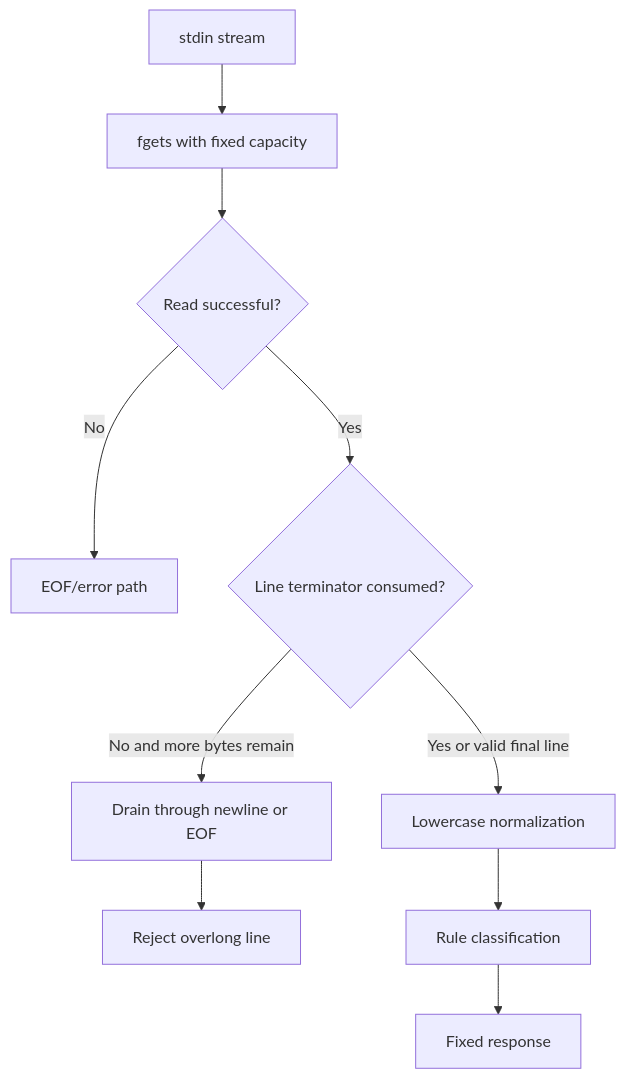
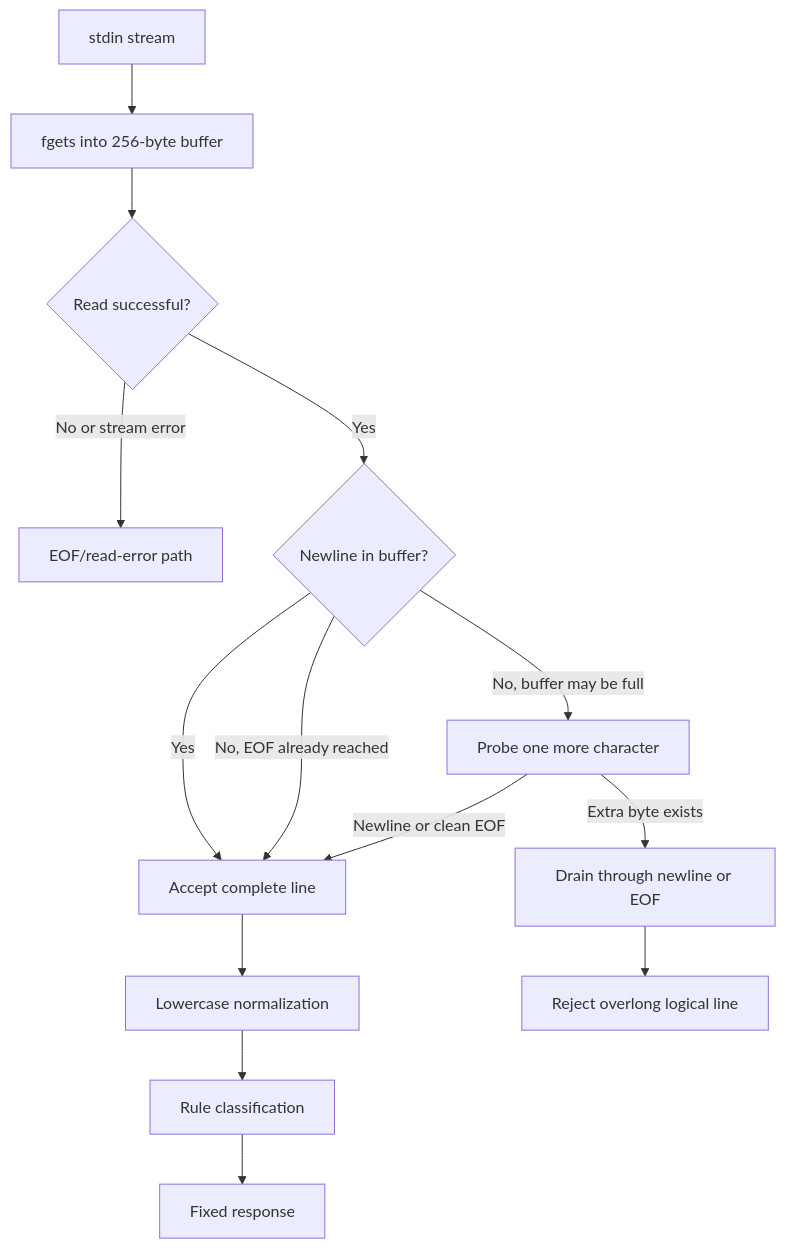
The diagram in docs/data-validation.md (Brajesh31/chatbot-C-), drawn with Mermaid before and after one commit. The commit also changed other lines of this file and 6 other files, not shown here.

```diff
--- a/docs/data-validation.md
+++ b/docs/data-validation.md
@@ -9,12 +9,16 @@
 ~~~mermaid
 flowchart TD
- A[stdin stream] --> B[fgets with fixed capacity]
+ A[stdin stream] --> B[fgets into 256-byte buffer]
  B --> C{Read successful?}
- C -->|No| X[EOF/error path]
- C -->|Yes| D{Line terminator consumed?}
- D -->|No and more bytes remain| E[Drain through newline or EOF]
- E --> W[Reject overlong line]
- D -->|Yes or valid final line| N[Lowercase normalization]
- N --> R[Rule classification]
+ C -->|No or stream error| X[EOF/read-error path]
+ C -->|Yes| D{Newline in buffer?}
+ D -->|Yes| N[Accept complete line]
+ D -->|No, EOF already reached| N
+ D -->|No, buffer may be full| P[Probe one more character]
+ P -->|Newline or clean EOF| N
+ P -->|Extra byte exists| E[Drain through newline or EOF]
+ E --> W[Reject overlong logical line]
+ N --> L[Lowercase normalization]
+ L --> R[Rule classification]
  R --> O[Fixed response]
 ~~~
```
